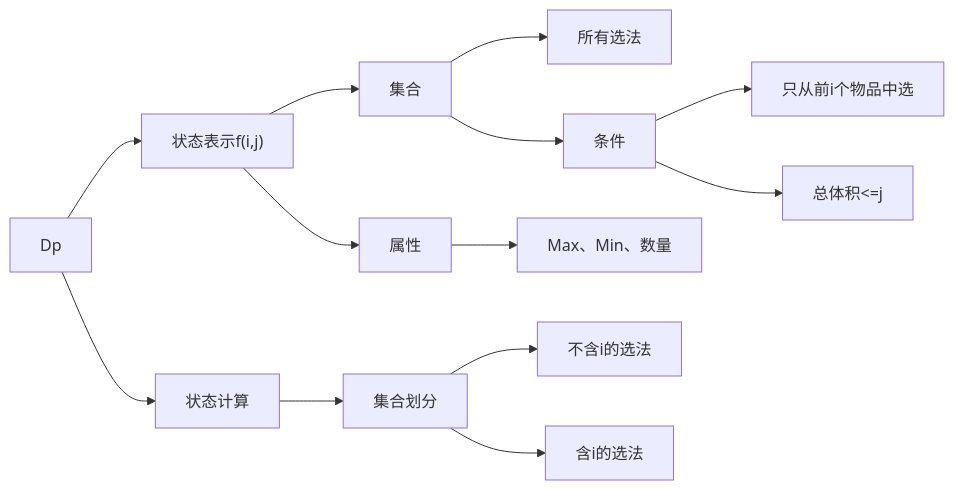
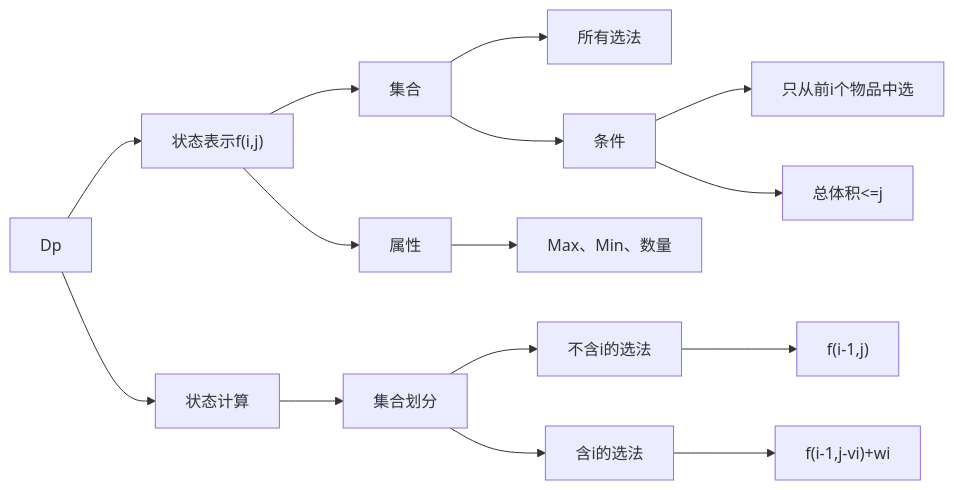
One commit to Alexsu26/Basic-Algorithm changed the diagram in 动态规划/README.md. Above: the diagram before and after it, drawn with Mermaid.

````diff
--- a/动态规划/README.md
+++ b/动态规划/README.md
@@ -6,28 +6,32 @@
 ```mermaid
 graph LR;
     A["Dp"]
     B["状态表示f(i,j)"]
     C["状态计算"]
     D[集合]
     E[属性]
     F[所有选法]
     G[条件]
     H[只从前i个物品中选]
     I["总体积<=j"]
     J["Max、Min、数量"]     
     K[集合划分]
     L["不含i的选法"]
     M["含i的选法"]
+    N["f(i-1,j)"]
+    O["f(i-1,j-vi)+wi"]
     A --> B
     A --> C
     B --> D
     B --> E
     D --> F
     D --> G
     G --> H
     G --> I
     E --> J
     C --> K
     K --> L
+    L --> N
     K --> M
+    M --> O
 ```
````
